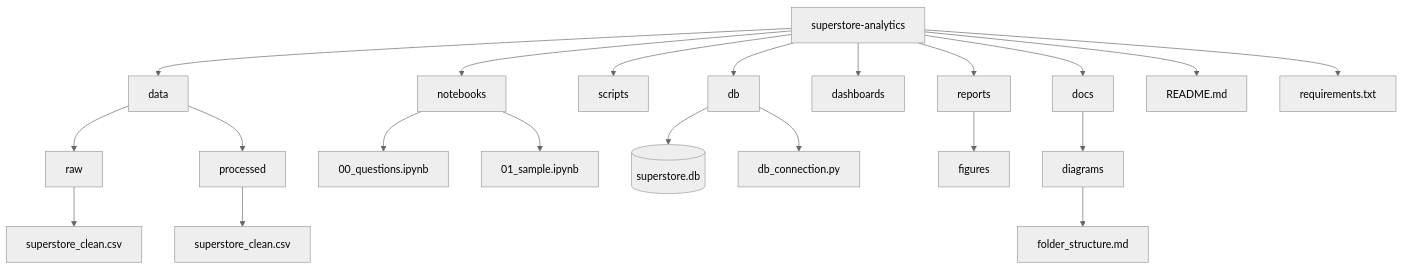
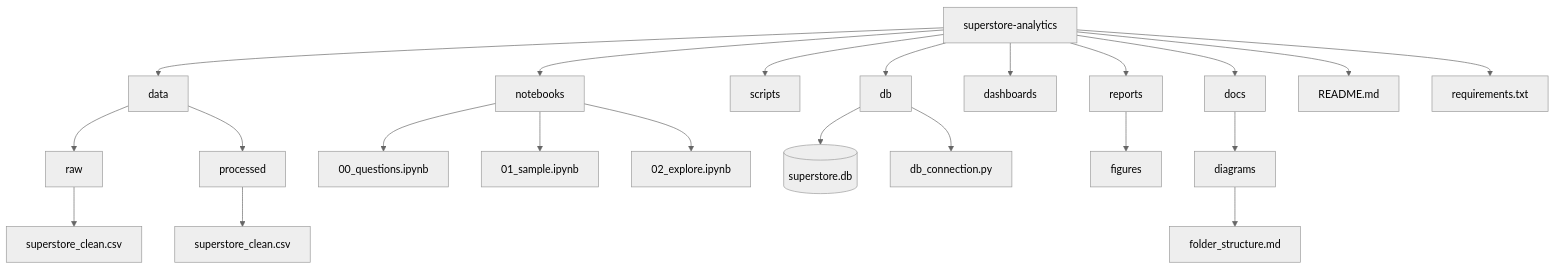
One commit to SantiagoComas07/superstore-analytics changed the diagram in docs/diagrams/folder_structure.md. Above: the diagram before and after it, drawn with Mermaid (neutral theme). The commit also changed 4 other files, not shown here.

````diff
--- a/docs/diagrams/folder_structure.md
+++ b/docs/diagrams/folder_structure.md
@@ -5,34 +5,35 @@
 ```mermaid
 flowchart TD
     A[superstore-analytics]
 
     A --> B[data]
     B --> B1[raw]
     B1 --> B2[superstore_clean.csv]
     B  --> B3[processed]
     B3 --> B4[superstore_clean.csv]
 
     A --> C[notebooks]
     C --> C1[00_questions.ipynb]
     C --> C2[01_sample.ipynb]
+    C --> C3[02_explore.ipynb]
 
     A --> D[scripts]
 
     A --> E[db]
     E --> E1[(superstore.db)]
     E --> E2[db_connection.py]
 
     A --> F[dashboards]
   
 
     A --> G[reports]
     G --> G2[figures]
 
     A --> H[docs]
     H --> H1[diagrams]
     H1 --> H2[folder_structure.md]
 
 
     A --> I[README.md]
     A --> J[requirements.txt]
 ```
````
